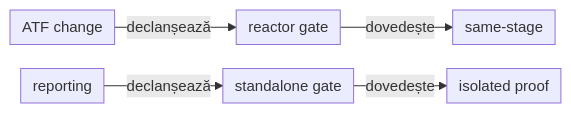
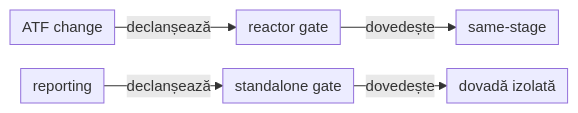
Before and after one commit to crististefanita/atf_j0: the fifth of 6 diagrams in docs/ATF_Build_And_Execution_Safety.md, drawn with Mermaid. The commit also changed other lines of this file and 113 other files, not shown here.

````diff
--- a/docs/ATF_Build_And_Execution_Safety.md
+++ b/docs/ATF_Build_And_Execution_Safety.md
@@ -266,8 +236,8 @@
 ```mermaid
 %%{init: {"themeVariables":{"fontSize":"15px"},"themeCSS":".nodeLabel, .nodeLabel p { font-size: 15px !important; line-height: 1.35 !important; } .edgeLabel, .edgeLabel p { font-size: 12px !important; font-weight: 400 !important; line-height: 1.2 !important; } .edgeLabel .labelBkg, .edgeLabel p { background: transparent !important; } .edgeLabel foreignObject { transform: translateY(-18px); overflow: visible; } .node rect { rx: 6px; ry: 6px; }","flowchart":{"curve":"linear","nodeSpacing":24,"rankSpacing":24,"padding":6,"diagramPadding":20}}}%%
 flowchart LR
     Changed["ATF change"] -->|declanșează| Reactor["reactor gate"]
     Reactor -->|dovedește| SameSources["same-stage"]
     Standalone["reporting"] -->|declanșează| Isolated["standalone gate"]
-    Isolated -->|dovedește| IsolatedProof["isolated proof"]
+    Isolated -->|dovedește| IsolatedProof["dovadă izolată"]
 ```
````
